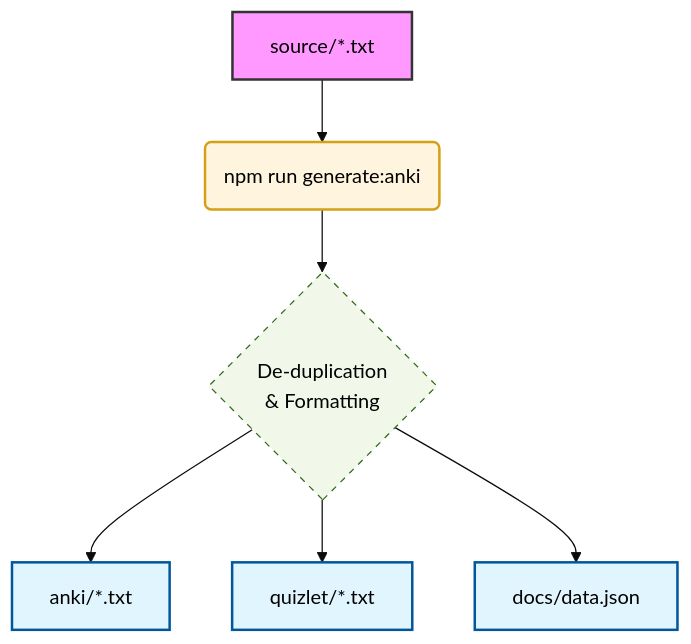
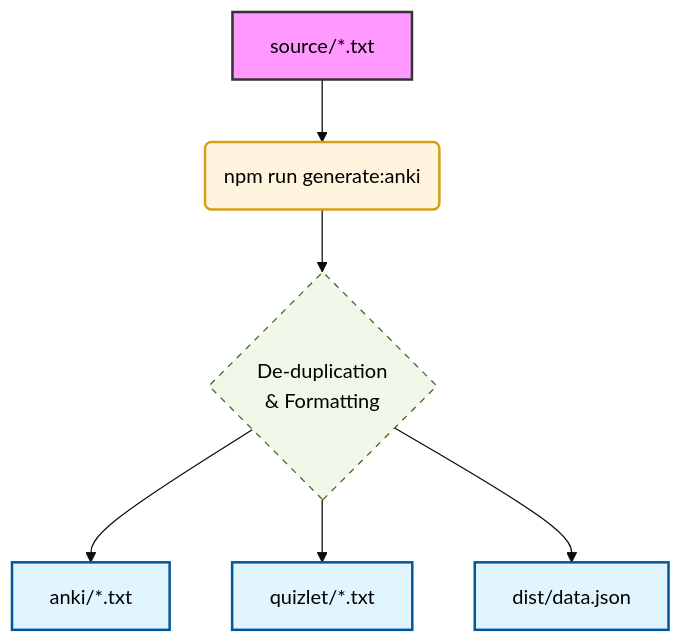
One commit to andreysey/anki-b2 changed the diagram in README.md. Above: the diagram before and after it, drawn with Mermaid (base theme). The commit also changed other lines of this file and 22 other files, not shown here.

````diff
--- a/README.md
+++ b/README.md
@@ -30,21 +30,21 @@
 ```mermaid
 graph TD
     %% Define Styles
     classDef source fill:#ff99ff,stroke:#333,stroke-width:2px,color:#000;
     classDef tool fill:#fff4dd,stroke:#d4a017,stroke-width:2px,color:#000;
     classDef output fill:#e1f5fe,stroke:#01579b,stroke-width:2px,color:#000;
     classDef logic fill:#f1f8e9,stroke:#33691e,stroke-dasharray: 5 5,color:#000;
 
     %% Workflow
     S[source/*.txt] --> B(npm run generate:anki)
     B --> L{"De-duplication<br/>& Formatting"}
     L --> A[anki/*.txt]
     L --> Q[quizlet/*.txt]
-    L --> D[docs/data.json]
+    L --> D[dist/data.json]
 
     %% Assign Classes
     class S source;
     class B tool;
     class A,Q,D output;
     class L logic;
 ```
````
